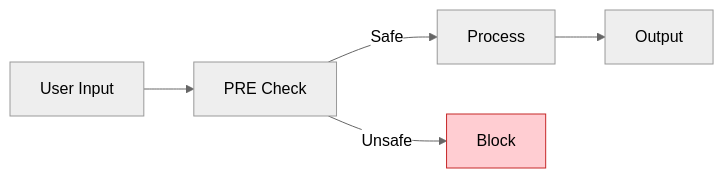
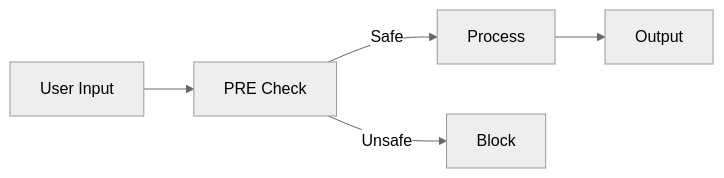
The seventh of 11 diagrams in diagrams/08-protect-decorator-flow.md (agentcontrol/agent-control), drawn with Mermaid (neutral theme) before and after one commit. The commit also changed other lines of this file and 9 other files, not shown here.

````diff
--- a/diagrams/08-protect-decorator-flow.md
+++ b/diagrams/08-protect-decorator-flow.md
@@ -163,9 +146,7 @@
 ```mermaid
 flowchart LR
     input["User Input"] --> pre["PRE Check"]
     pre -->|Safe| func["Process"]
     pre -->|Unsafe| block["Block"]
     func --> output["Output"]
-
-    style block fill:#ffcdd2,stroke:#c62828
 ```
````
